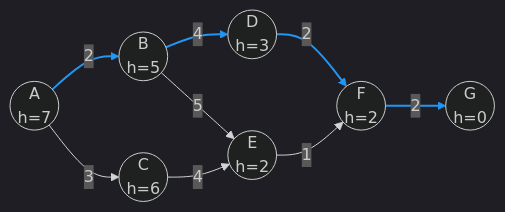
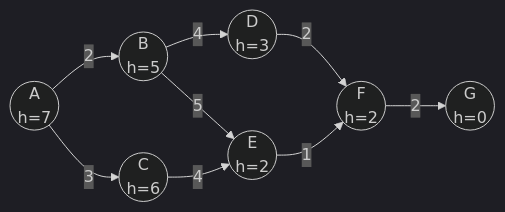
Before and after one commit to antonprafanto/dasarAI2026: the tenth of 12 diagrams in bab-04-pencarian.md, drawn with Mermaid (dark theme). The commit also changed other lines of this file and 2 other files, not shown here.

Commit message:
Fix: Remove linkStyle commands that cause Mermaid render errors

````diff
--- a/bab-04-pencarian.md
+++ b/bab-04-pencarian.md
@@ -554,16 +538,11 @@
 ```mermaid
 graph LR
     A((A<br/>h=7)) --2--> B((B<br/>h=5))
     A --3--> C((C<br/>h=6))
     B --4--> D((D<br/>h=3))
     B --5--> E((E<br/>h=2))
     C --4--> E
     E --1--> F((F<br/>h=2))
     D --2--> F
     F --2--> G((G<br/>h=0))
-
-    linkStyle 0 stroke:#2196f3,stroke-width:2px;
-    linkStyle 2 stroke:#2196f3,stroke-width:2px;
-    linkStyle 6 stroke:#2196f3,stroke-width:2px;
-    linkStyle 7 stroke:#2196f3,stroke-width:2px;
 ```
````
